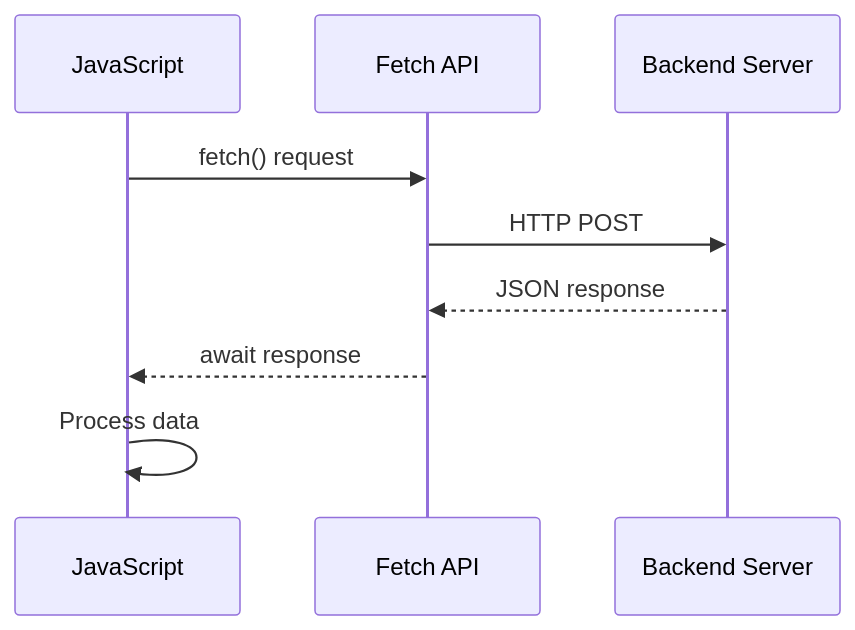
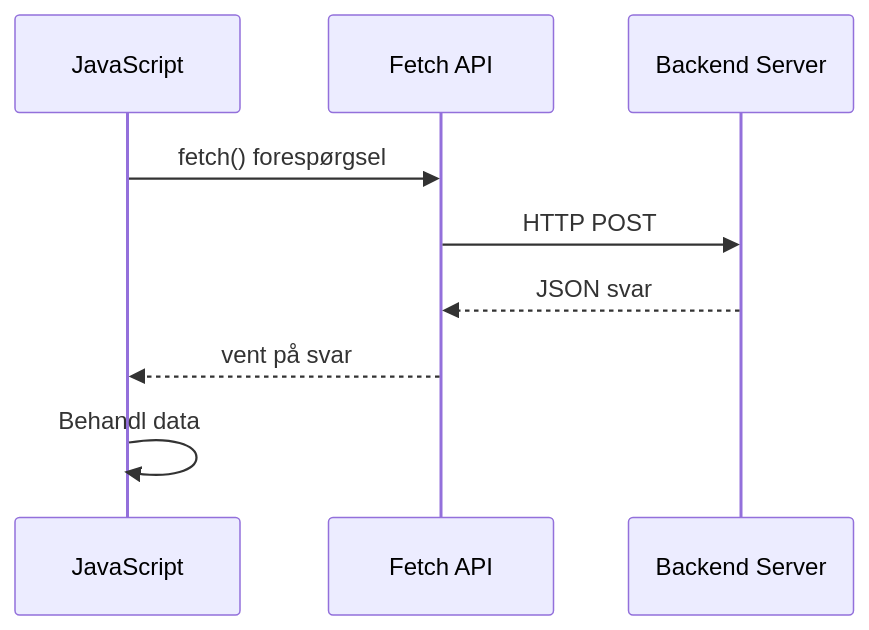
The sixth of 9 diagrams in translations/da/7-bank-project/2-forms/README.md (microsoft/Web-Dev-For-Beginners), drawn with Mermaid before and after one commit. The commit also changed other lines of this file and 41 other files, not shown here.

````diff
--- a/translations/da/7-bank-project/2-forms/README.md
+++ b/translations/da/7-bank-project/2-forms/README.md
@@ -455,12 +512,12 @@
 ```mermaid
 sequenceDiagram
     participant JS as JavaScript
     participant Fetch as Fetch API
     participant Server as Backend Server
     
-    JS->>Fetch: fetch() request
+    JS->>Fetch: fetch() forespørgsel
     Fetch->>Server: HTTP POST
-    Server-->>Fetch: JSON response
-    Fetch-->>JS: await response
-    JS->>JS: Process data
+    Server-->>Fetch: JSON svar
+    Fetch-->>JS: vent på svar
+    JS->>JS: Behandl data
 ```
````
